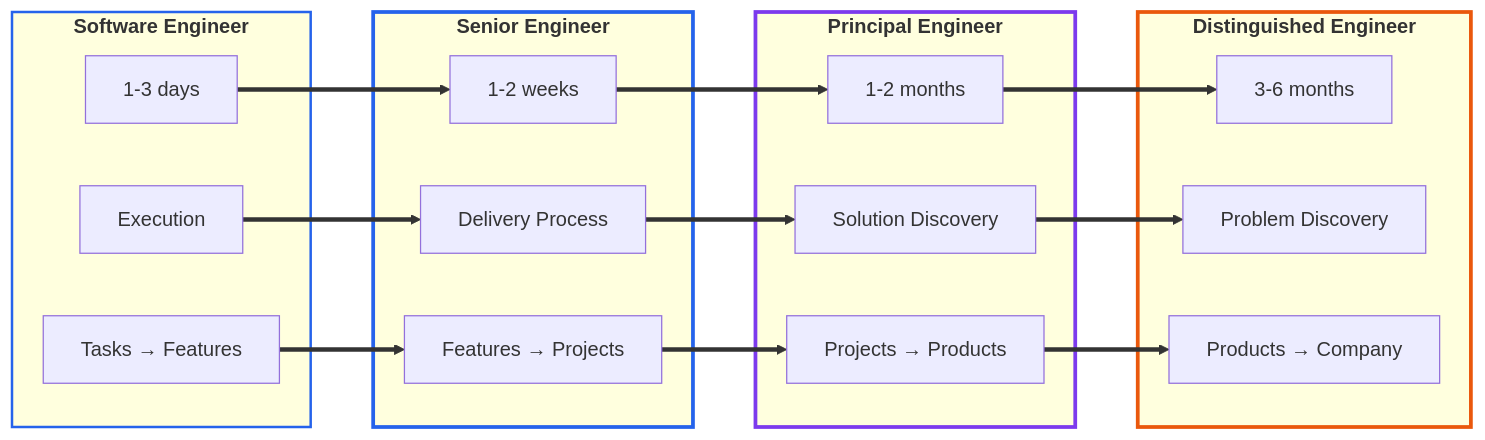
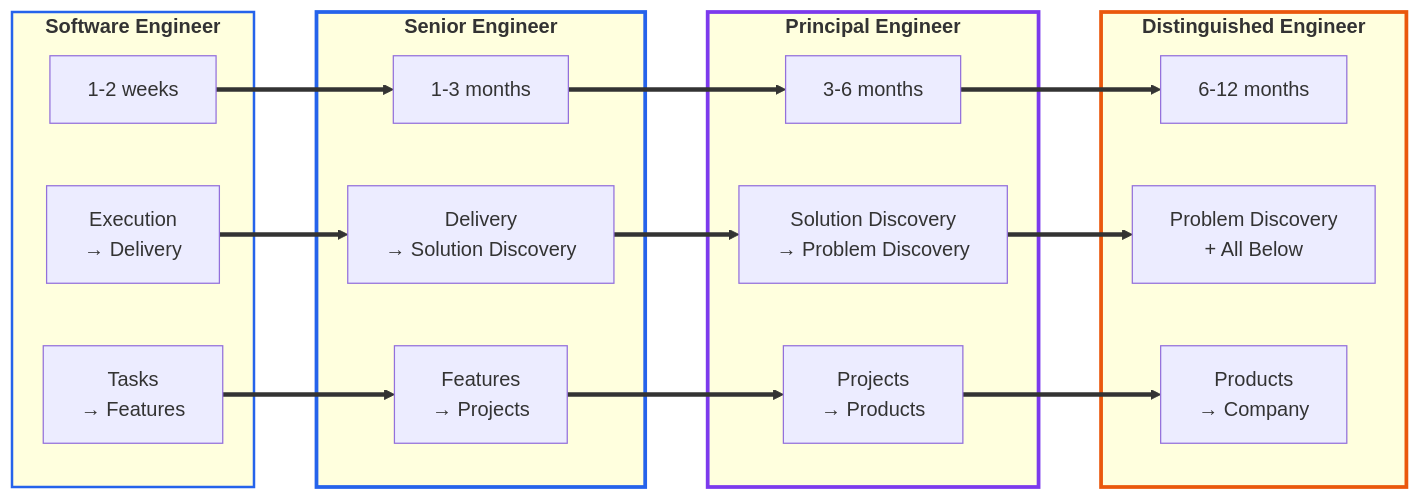
Before and after one commit to withcaldera/engineering-framework: the second of 5 diagrams in frameworks/progression-matrix.md, drawn with Mermaid. The commit also changed other lines of this file and 6 other files, not shown here.

````diff
--- a/frameworks/progression-matrix.md
+++ b/frameworks/progression-matrix.md
@@ -39,43 +39,43 @@
 ```mermaid
 flowchart LR
     subgraph SE[<b>Software Engineer</b>]
-        SE1[1-3 days]
-        SE2[Execution]
-        SE3[Tasks → Features]
+        SE1[1-2 weeks]
+        SE2[Execution<br/>→ Delivery]
+        SE3[Tasks<br/>→ Features]
     end
 
     subgraph Senior[<b>Senior Engineer</b>]
-        S1[1-2 weeks]
-        S2[Delivery Process]
-        S3[Features → Projects]
+        S1[1-3 months]
+        S2[Delivery<br/>→ Solution Discovery]
+        S3[Features<br/>→ Projects]
     end
 
     subgraph Principal[<b>Principal Engineer</b>]
-        P1[1-2 months]
-        P2[Solution Discovery]
-        P3[Projects → Products]
+        P1[3-6 months]
+        P2[Solution Discovery<br/>→ Problem Discovery]
+        P3[Projects<br/>→ Products]
     end
 
     subgraph Distinguished[<b>Distinguished Engineer</b>]
-        D1[3-6 months]
-        D2[Problem Discovery]
-        D3[Products → Company]
+        D1[6-12 months]
+        D2[Problem Discovery<br/>+ All Below]
+        D3[Products<br/>→ Company]
     end
 
     SE1 ==> S1
     S1 ==> P1
     P1 ==> D1
 
     SE2 ==> S2
     S2 ==> P2
     P2 ==> D2
 
     SE3 ==> S3
     S3 ==> P3
     P3 ==> D3
 
     style SE stroke:#2563eb,stroke-width:2px
     style Senior stroke:#2563eb,stroke-width:3px
     style Principal stroke:#7c3aed,stroke-width:3px
     style Distinguished stroke:#ea580c,stroke-width:3px
 ```
````
